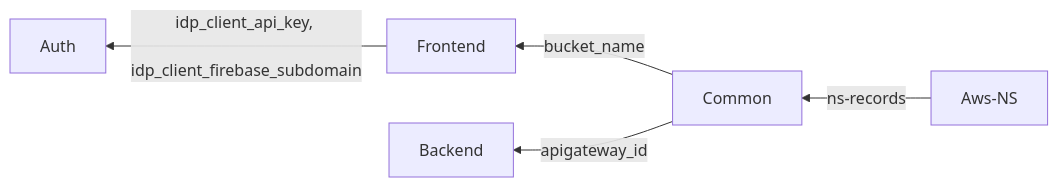
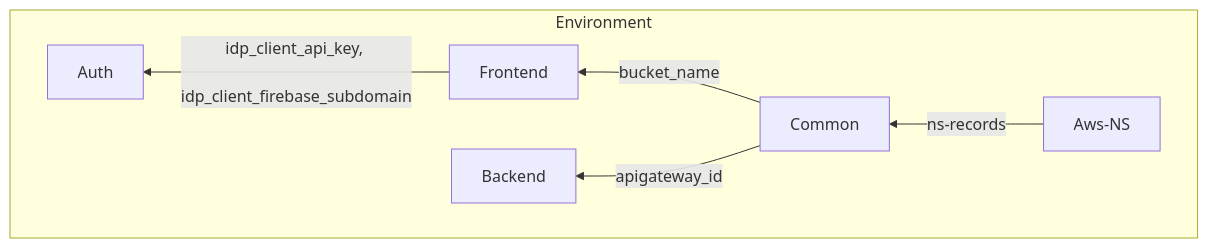
The diagram in iac/README.md (tabiya-tech/compass), drawn with Mermaid before and after one commit. The commit also changed other lines of this file and 6 other files, not shown here.

````diff
--- a/iac/README.md
+++ b/iac/README.md
@@ -115,8 +486,11 @@
 ```mermaid
-flowchart RL
-    Frontend --idp_client_api_key, \n idp_client_firebase_subdomain--> Auth
-    Common --apigateway_id--> Backend
-    Common --bucket_name--> Frontend
-    Aws-NS --ns-records--> Common
+flowchart
+    subgraph Environment
+        direction RL
+        Frontend --idp_client_api_key, \n idp_client_firebase_subdomain--> Auth
+        Common --apigateway_id--> Backend
+        Common --bucket_name--> Frontend
+        Aws-NS --ns-records--> Common
+    end
 
 ```
````
